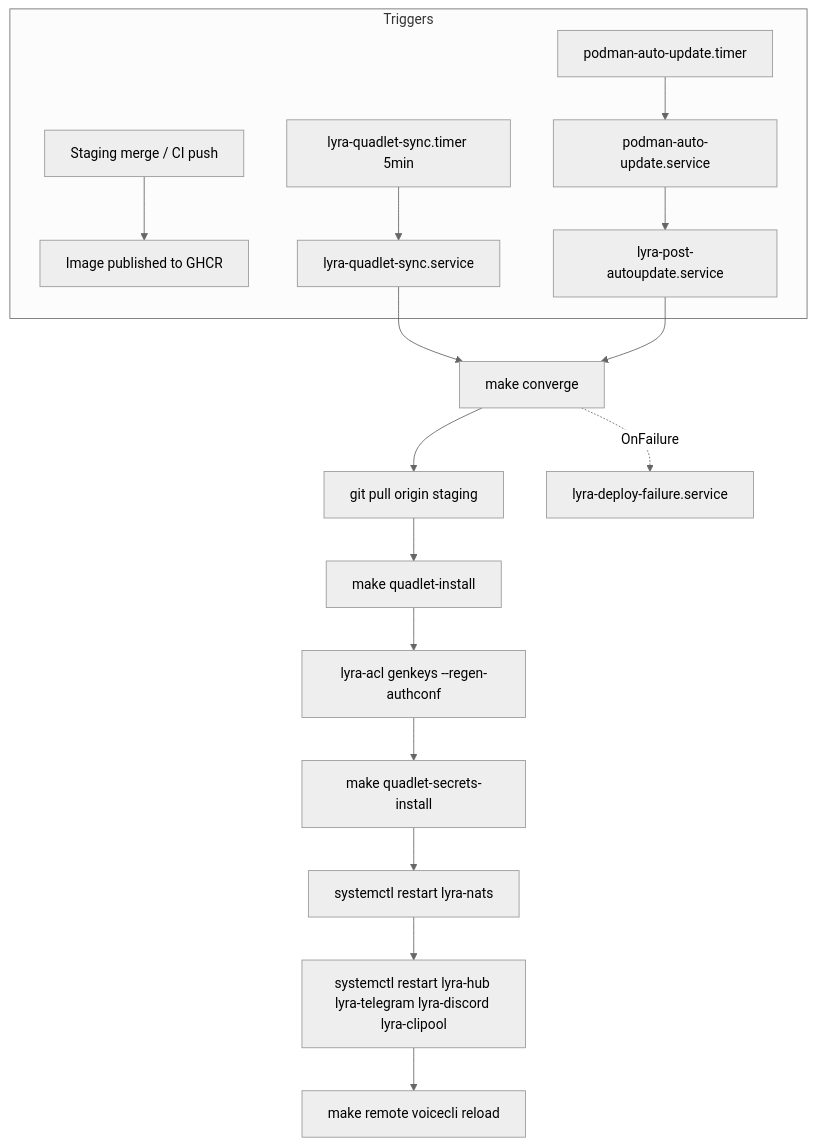
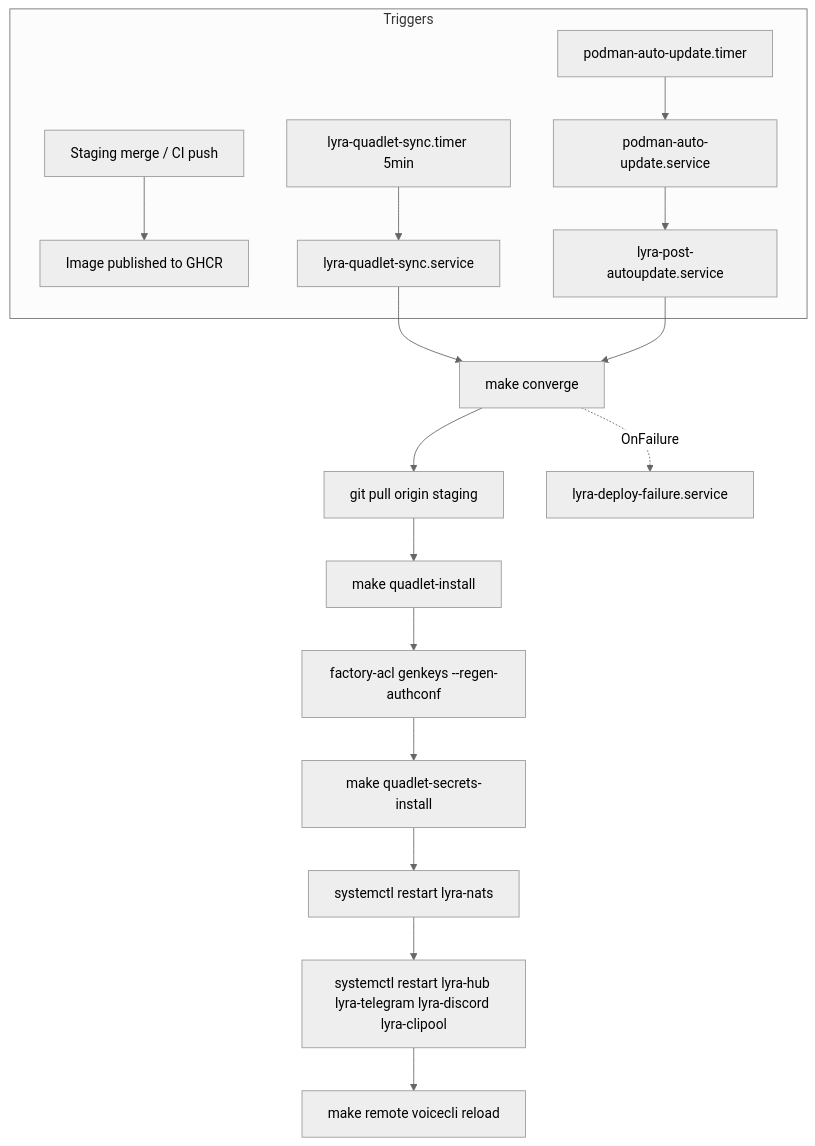
One commit to Roxabi/lyra changed the diagram in artifacts/analyses/1578-collapse-deploy-atomic-analysis.mdx. Above: the diagram before and after it, drawn with Mermaid (neutral theme). The commit also changed other lines of this file and 1256 other files, not shown here.

First line of the commit message:
refactor: rename lyra→factory (package/CLI, env vars, container identity)

````diff
--- a/artifacts/analyses/1578-collapse-deploy-atomic-analysis.mdx
+++ b/artifacts/analyses/1578-collapse-deploy-atomic-analysis.mdx
@@ -95,19 +95,19 @@
 ```mermaid
 flowchart TD
     subgraph Triggers
         A[Staging merge / CI push] --> B[Image published to GHCR]
         C[lyra-quadlet-sync.timer 5min] --> D[lyra-quadlet-sync.service]
         E[podman-auto-update.timer] --> F[podman-auto-update.service]
         F --> G[lyra-post-autoupdate.service]
     end
     D --> H[make converge]
     G --> H
     H --> I[git pull origin staging]
     I --> J[make quadlet-install]
-    J --> K[lyra-acl genkeys --regen-authconf]
+    J --> K[factory-acl genkeys --regen-authconf]
     K --> L[make quadlet-secrets-install]
     L --> M[systemctl restart lyra-nats]
     M --> N[systemctl restart lyra-hub lyra-telegram lyra-discord lyra-clipool]
     N --> O[make remote voicecli reload]
     H -.->|OnFailure| P[lyra-deploy-failure.service]
 ```
````
